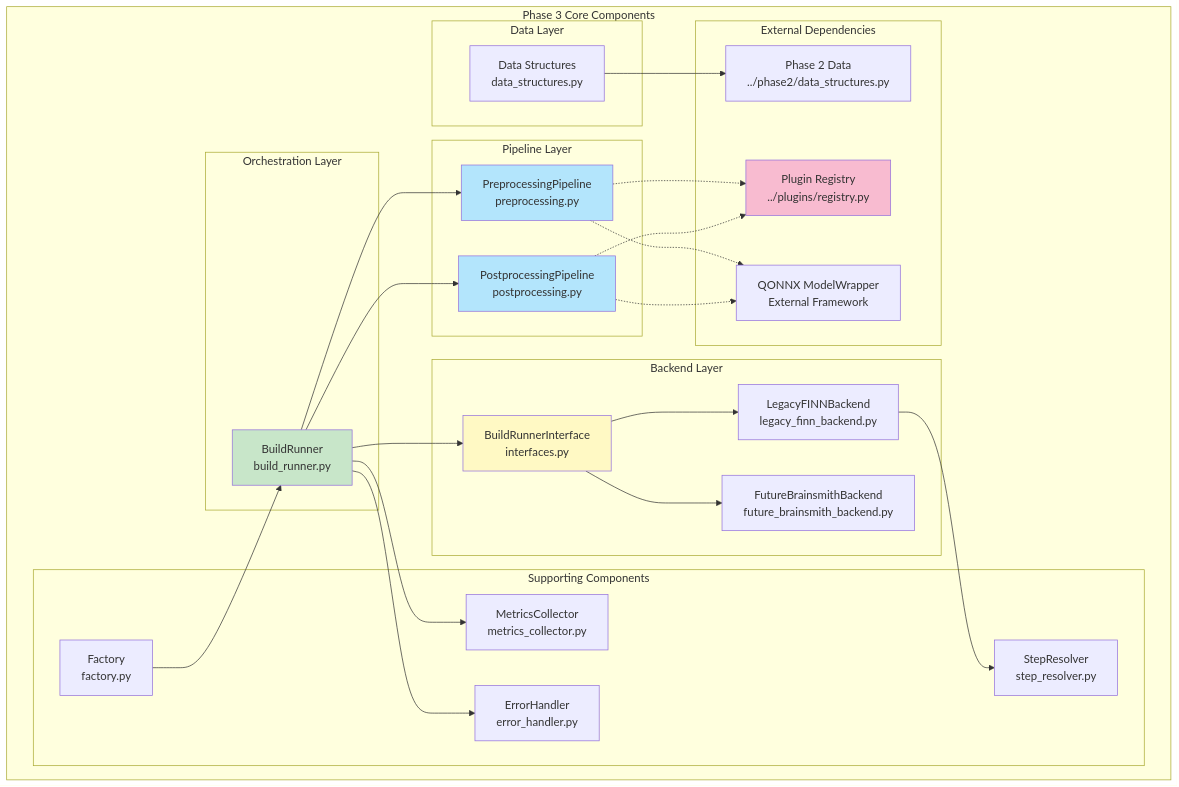
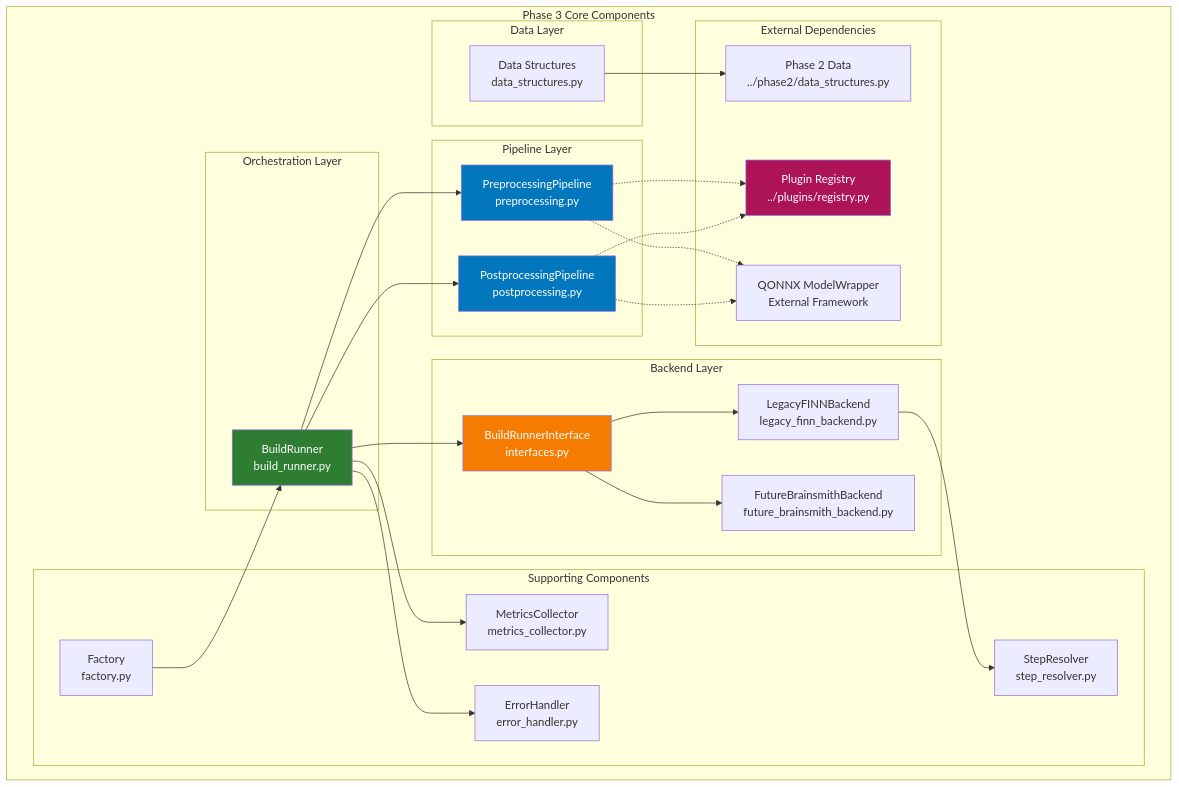
Before and after one commit to microsoft/Brainsmith: the second of 12 diagrams in brainsmith/core/phase3/PHASE3_ARCHITECTURE.md, drawn with Mermaid. The commit also changed other lines of this file and 40 other files, not shown here.

````diff
--- a/brainsmith/core/phase3/PHASE3_ARCHITECTURE.md
+++ b/brainsmith/core/phase3/PHASE3_ARCHITECTURE.md
@@ -79,57 +79,57 @@
 ```mermaid
 graph TB
     subgraph "Phase 3 Core Components"
         subgraph "Orchestration Layer"
             RUNNER[BuildRunner<br/>build_runner.py]
         end
         
         subgraph "Pipeline Layer"
             PREP[PreprocessingPipeline<br/>preprocessing.py]
             POSTP[PostprocessingPipeline<br/>postprocessing.py]
         end
         
         subgraph "Backend Layer"
             IFACE[BuildRunnerInterface<br/>interfaces.py]
             LEGACY[LegacyFINNBackend<br/>legacy_finn_backend.py]
             FUTURE[FutureBrainsmithBackend<br/>future_brainsmith_backend.py]
         end
         
         subgraph "Supporting Components"
             FACTORY[Factory<br/>factory.py]
             METRICS[MetricsCollector<br/>metrics_collector.py]
             RESOLVER[StepResolver<br/>step_resolver.py]
             ERROR[ErrorHandler<br/>error_handler.py]
         end
         
         subgraph "Data Layer"
             DS[Data Structures<br/>data_structures.py]
         end
         
         subgraph "External Dependencies"
             P2[Phase 2 Data<br/>../phase2/data_structures.py]
             REG[Plugin Registry<br/>../plugins/registry.py]
             QONNX[QONNX ModelWrapper<br/>External Framework]
         end
     end
     
     RUNNER --> PREP
     RUNNER --> POSTP
     RUNNER --> IFACE
     IFACE --> LEGACY
     IFACE --> FUTURE
     FACTORY --> RUNNER
     RUNNER --> METRICS
     RUNNER --> ERROR
     LEGACY --> RESOLVER
     PREP -.-> REG
     POSTP -.-> REG
     PREP -.-> QONNX
     POSTP -.-> QONNX
     DS --> P2
     
-    style RUNNER fill:#c8e6c9
-    style PREP fill:#b3e5fc
-    style POSTP fill:#b3e5fc
-    style IFACE fill:#fff9c4
-    style REG fill:#f8bbd0
+    style RUNNER fill:#2e7d32,color:#fff
+    style PREP fill:#0277bd,color:#fff
+    style POSTP fill:#0277bd,color:#fff
+    style IFACE fill:#f57c00,color:#fff
+    style REG fill:#ad1457,color:#fff
 ```
````
